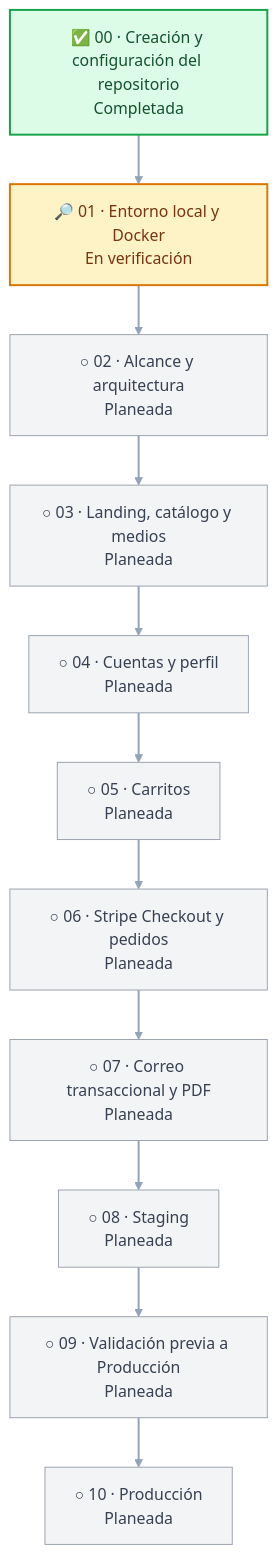
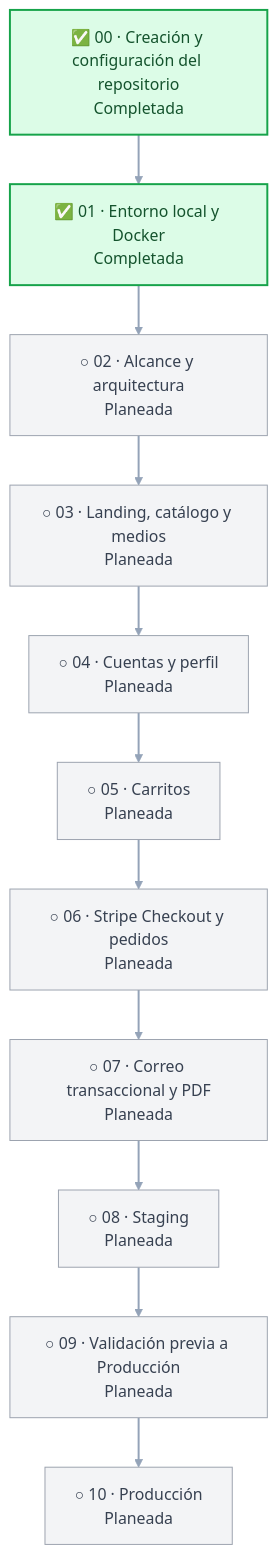
One commit to sadamlg/sr_del_mictlan changed the diagram in docs/ROADMAP.md. Above: the diagram before and after it, drawn with Mermaid. The commit also changed other lines of this file, not shown here.

````diff
--- a/docs/ROADMAP.md
+++ b/docs/ROADMAP.md
@@ -23,23 +23,22 @@
 ```mermaid
 flowchart TB
     p00["✅ 00 · Creación y configuración del repositorio<br/>Completada"] --> p01
-    p01["🔎 01 · Entorno local y Docker<br/>En verificación"] --> p02["○ 02 · Alcance y arquitectura<br/>Planeada"]
+    p01["✅ 01 · Entorno local y Docker<br/>Completada"] --> p02["○ 02 · Alcance y arquitectura<br/>Planeada"]
     p02 --> p03["○ 03 · Landing, catálogo y medios<br/>Planeada"]
     p03 --> p04["○ 04 · Cuentas y perfil<br/>Planeada"]
     p04 --> p05["○ 05 · Carritos<br/>Planeada"]
     p05 --> p06["○ 06 · Stripe Checkout y pedidos<br/>Planeada"]
     p06 --> p07["○ 07 · Correo transaccional y PDF<br/>Planeada"]
     p07 --> p08["○ 08 · Staging<br/>Planeada"]
     p08 --> p09["○ 09 · Validación previa a Producción<br/>Planeada"]
     p09 --> p10["○ 10 · Producción<br/>Planeada"]
 
     classDef completed fill:#dcfce7,stroke:#16a34a,color:#14532d,stroke-width:2px;
     classDef active fill:#fef3c7,stroke:#d97706,color:#78350f,stroke-width:2px;
     classDef planned fill:#f3f4f6,stroke:#9ca3af,color:#374151;
 
-    class p00 completed;
-    class p01 active;
+    class p00,p01 completed;
     class p02,p03,p04,p05,p06,p07,p08,p09,p10 planned;
 
     linkStyle default stroke:#94a3b8,stroke-width:2px;
 ```
````
